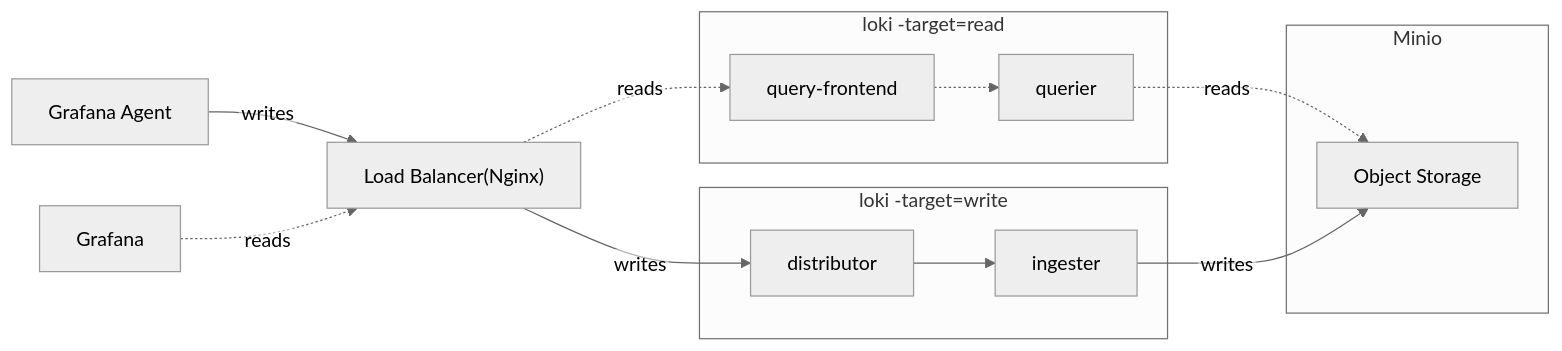
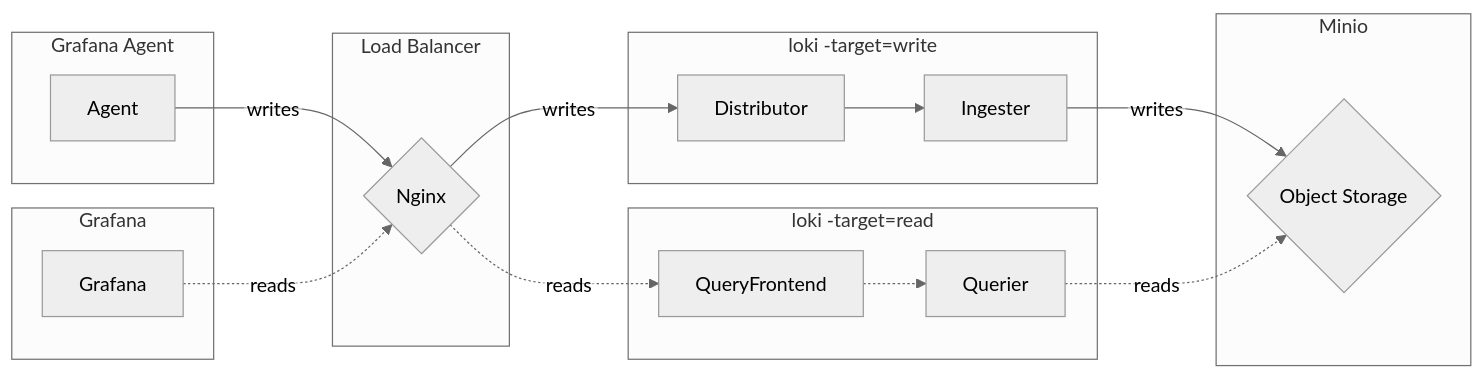
The diagram in docker-compose/read-write-mode/logs/README.md (qclaogui/codelab-monitoring), drawn with Mermaid (neutral theme) before and after one commit. The commit also changed 4 other files, not shown here.

Commit message:
Refactor flowchart code

````diff
--- a/docker-compose/read-write-mode/logs/README.md
+++ b/docker-compose/read-write-mode/logs/README.md
@@ -23,24 +23,32 @@
 ```mermaid
 %%{init: {"flowchart": {"htmlLabels": false}} }%%
 flowchart LR
-    Agent["Grafana Agent"]   --> | writes | GateWay["Load Balancer(Nginx)"]
-    Grafana -.-> | reads | GateWay
+    Agent   --> |writes| Nginx --> |writes| Distributor   --> Ingester --> |writes| ObjectStorage
+    Grafana -.->|reads | Nginx -.->|reads | QueryFrontend -.-> Querier -.->|reads | ObjectStorage
 
-    GateWay --> | writes| Distributor
-    GateWay -.-> | reads | QueryFrontend["query-frontend"]
+    subgraph Minio
+        ObjectStorage{"Object Storage"}
+    end
+
+    subgraph GrafanaAgent["Grafana Agent"]
+        Agent
+    end
+
+    subgraph GFGraph["Grafana"]
+        Grafana
+    end
+
+    subgraph GateWay["Load Balancer"]
+        Nginx{"Nginx"}
+    end
 
     subgraph LokiWrite["loki -target=write"]
-        Distributor["distributor"] --> Ingester["ingester"]
+        Ingester
+        Distributor
     end
 
     subgraph LokiRead["loki -target=read"]
-        QueryFrontend -.-> Querier["querier"]
+        Querier
+        QueryFrontend
     end
-
-    subgraph Minio
-        ObjectStorage["Object Storage"]
-    end
-
-    Querier  -.-> |reads | ObjectStorage
-    Ingester -->  |writes| ObjectStorage
 ```
````
